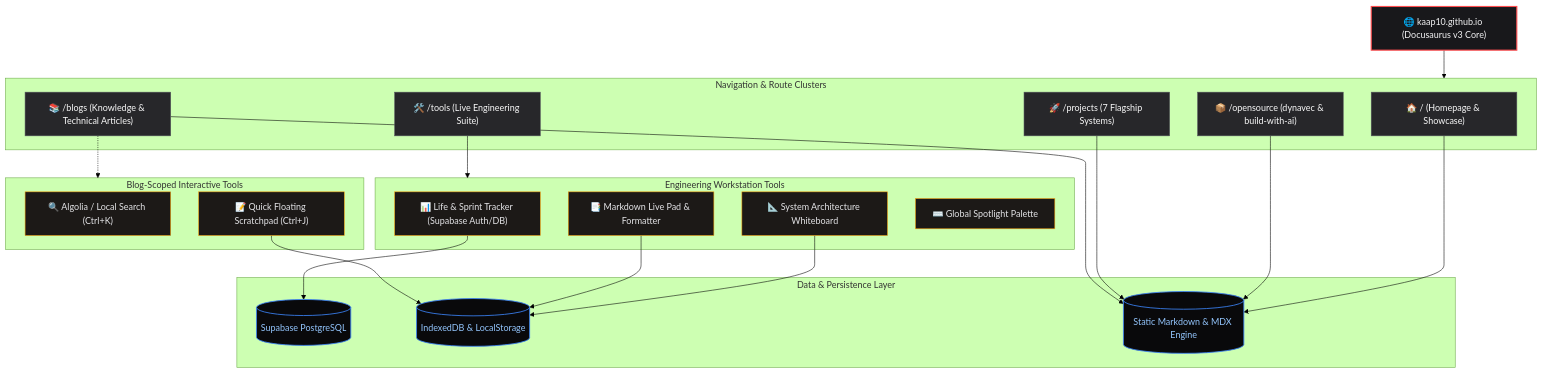
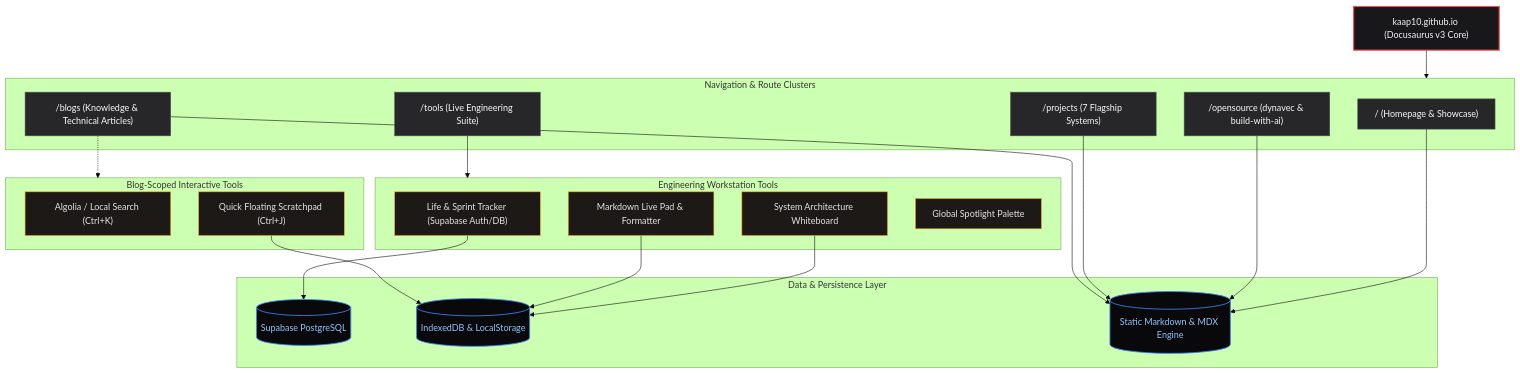
The diagram in README.md (Kaap10/kaap10.github.io), drawn with Mermaid (forest theme) before and after one commit. The commit also changed other lines of this file, not shown here.

Commit message:
docs: remove emojis from README.md

````diff
--- a/README.md
+++ b/README.md
@@ -20,42 +20,42 @@
 ```mermaid
 graph TD
     classDef client fill:#18181B,stroke:#FF4D4F,stroke-width:2px,color:#F4F4F5
     classDef route fill:#27272A,stroke:#52525B,stroke-width:1px,color:#FAFAFA
     classDef comp fill:#1C1917,stroke:#F59E0B,stroke-width:1px,color:#E4E4E7
     classDef storage fill:#09090B,stroke:#3B82F6,stroke-width:1.5px,color:#93C5FD
 
-    Client["🌐 kaap10.github.io (Docusaurus v3 Core)"]:::client
+    Client["kaap10.github.io (Docusaurus v3 Core)"]:::client
 
     subgraph Routes ["Navigation & Route Clusters"]
-        R1["🏠 / (Homepage & Showcase)"]:::route
-        R2["📦 /opensource (dynavec & build-with-ai)"]:::route
-        R3["🚀 /projects (7 Flagship Systems)"]:::route
-        R4["🛠️ /tools (Live Engineering Suite)"]:::route
-        R5["📚 /blogs (Knowledge & Technical Articles)"]:::route
+        R1["/ (Homepage & Showcase)"]:::route
+        R2["/opensource (dynavec & build-with-ai)"]:::route
+        R3["/projects (7 Flagship Systems)"]:::route
+        R4["/tools (Live Engineering Suite)"]:::route
+        R5["/blogs (Knowledge & Technical Articles)"]:::route
     end
 
     subgraph BlogTools ["Blog-Scoped Interactive Tools"]
-        T1["🔍 Algolia / Local Search (Ctrl+K)"]:::comp
-        T2["📝 Quick Floating Scratchpad (Ctrl+J)"]:::comp
+        T1["Algolia / Local Search (Ctrl+K)"]:::comp
+        T2["Quick Floating Scratchpad (Ctrl+J)"]:::comp
     end
 
     subgraph Workstation ["Engineering Workstation Tools"]
-        W1["📊 Life & Sprint Tracker (Supabase Auth/DB)"]:::comp
-        W2["📐 System Architecture Whiteboard"]:::comp
-        W3["📑 Markdown Live Pad & Formatter"]:::comp
-        W4["⌨️ Global Spotlight Palette"]:::comp
+        W1["Life & Sprint Tracker (Supabase Auth/DB)"]:::comp
+        W2["System Architecture Whiteboard"]:::comp
+        W3["Markdown Live Pad & Formatter"]:::comp
+        W4["Global Spotlight Palette"]:::comp
     end
 
     subgraph DataLayer ["Data & Persistence Layer"]
         S1[(Supabase PostgreSQL)]:::storage
         S2[(IndexedDB & LocalStorage)]:::storage
         S3[(Static Markdown & MDX Engine)]:::storage
     end
 
     Client --> Routes
     R5 -.-> BlogTools
     R4 --> Workstation
     W1 --> S1
     W2 & W3 & T2 --> S2
     R1 & R2 & R3 & R5 --> S3
 ```
````
